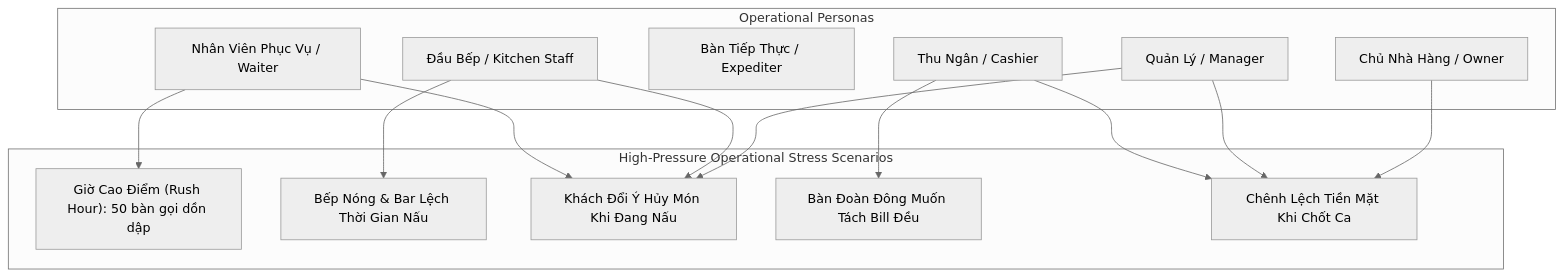
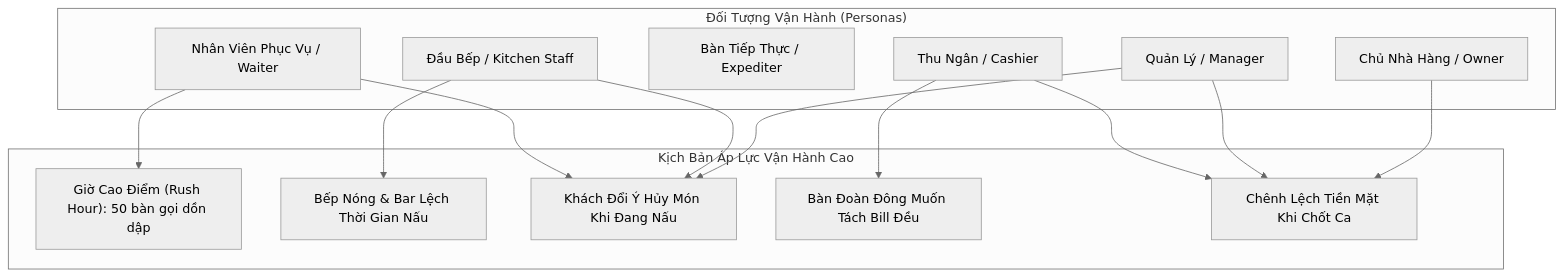
Before and after one commit to dieudoanhut2002/SmartRestaurant: the diagram in docs/product/PRODUCT-REVIEW-VALIDATION.md, drawn with Mermaid (neutral theme). The commit also changed other lines of this file and 40 other files, not shown here.

````diff
--- a/docs/product/PRODUCT-REVIEW-VALIDATION.md
+++ b/docs/product/PRODUCT-REVIEW-VALIDATION.md
@@ -48,25 +48,25 @@
 ```mermaid
 flowchart TD
-    subgraph OperationalRoles["Operational Personas"]
+    subgraph OperationalRoles["Đối Tượng Vận Hành (Personas)"]
         R1[Nhân Viên Phục Vụ / Waiter]
         R2[Đầu Bếp / Kitchen Staff]
         R3[Bàn Tiếp Thực / Expediter]
         R4[Thu Ngân / Cashier]
         R5[Quản Lý / Manager]
         R6[Chủ Nhà Hàng / Owner]
     end
 
-    subgraph StressScenarios["High-Pressure Operational Stress Scenarios"]
+    subgraph StressScenarios["Kịch Bản Áp Lực Vận Hành Cao"]
         S1["Giờ Cao Điểm (Rush Hour): 50 bàn gọi dồn dập"]
         S2["Bếp Nóng & Bar Lệch Thời Gian Nấu"]
         S3["Khách Đổi Ý Hủy Món Khi Đang Nấu"]
         S4["Bàn Đoàn Đông Muốn Tách Bill Đều"]
         S5["Chênh Lệch Tiền Mặt Khi Chốt Ca"]
     end
 
     R1 --> S1
     R2 --> S2
     R1 & R2 & R5 --> S3
     R4 --> S4
     R4 & R5 & R6 --> S5
 ```
````
